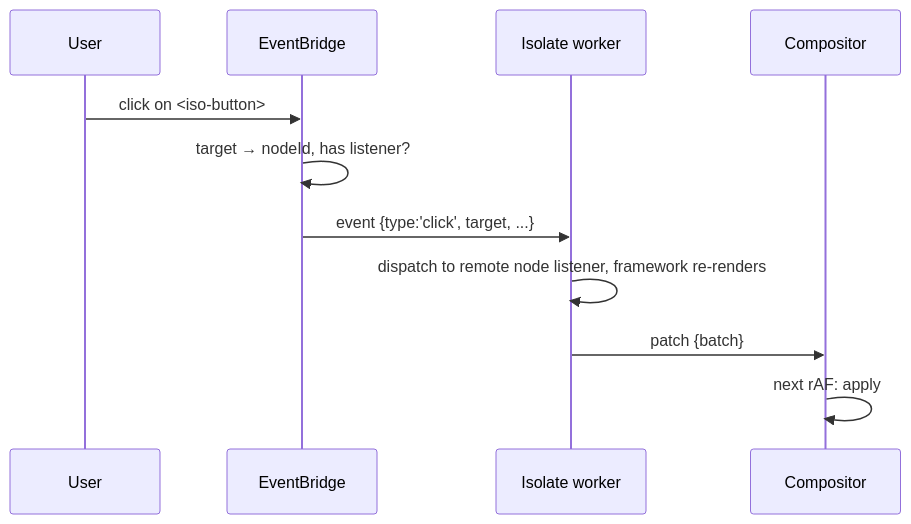
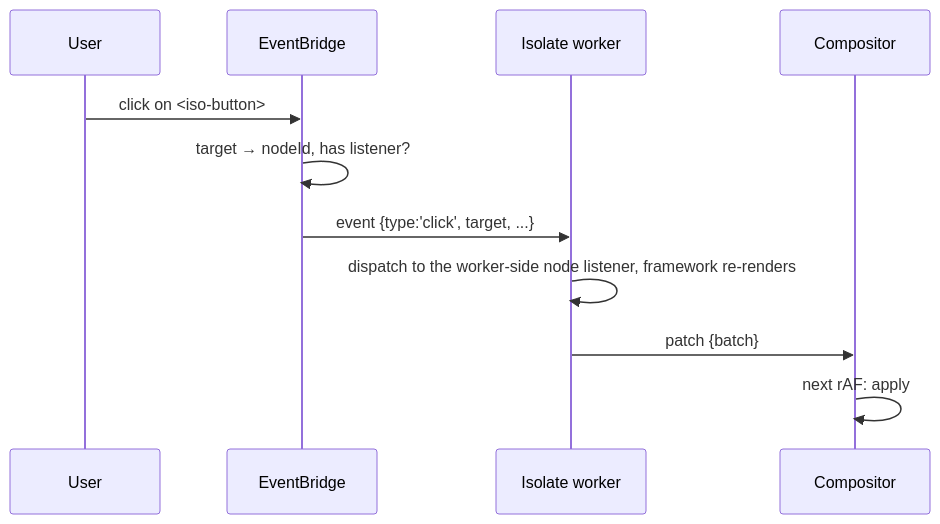
The fourth of 8 diagrams in docs/design/system-design.md (isoloop/isoloop), drawn with Mermaid before and after one commit. The commit also changed other lines of this file and 7 other files, not shown here.

````diff
--- a/docs/design/system-design.md
+++ b/docs/design/system-design.md
@@ -461,13 +461,13 @@
 ```mermaid
 sequenceDiagram
   participant U as User
   participant E as EventBridge
   participant P as Isolate worker
   participant C as Compositor
   U->>E: click on <iso-button>
   E->>E: target → nodeId, has listener?
   E->>P: event {type:'click', target, ...}
-  P->>P: dispatch to remote node listener, framework re-renders
+  P->>P: dispatch to the worker-side node listener, framework re-renders
   P->>C: patch {batch}
   C->>C: next rAF: apply
 ```
````
